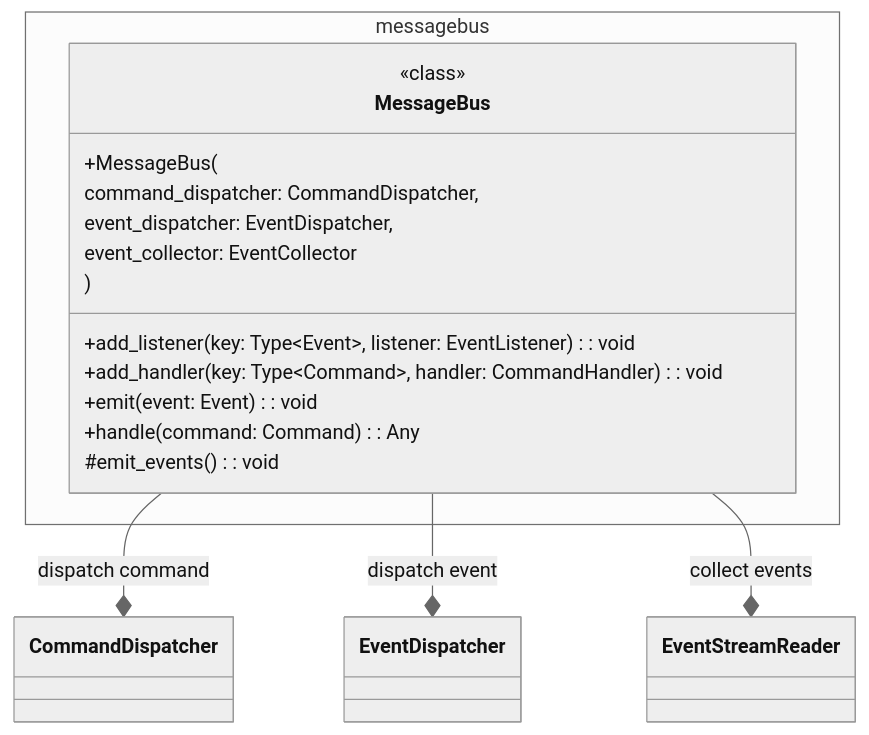
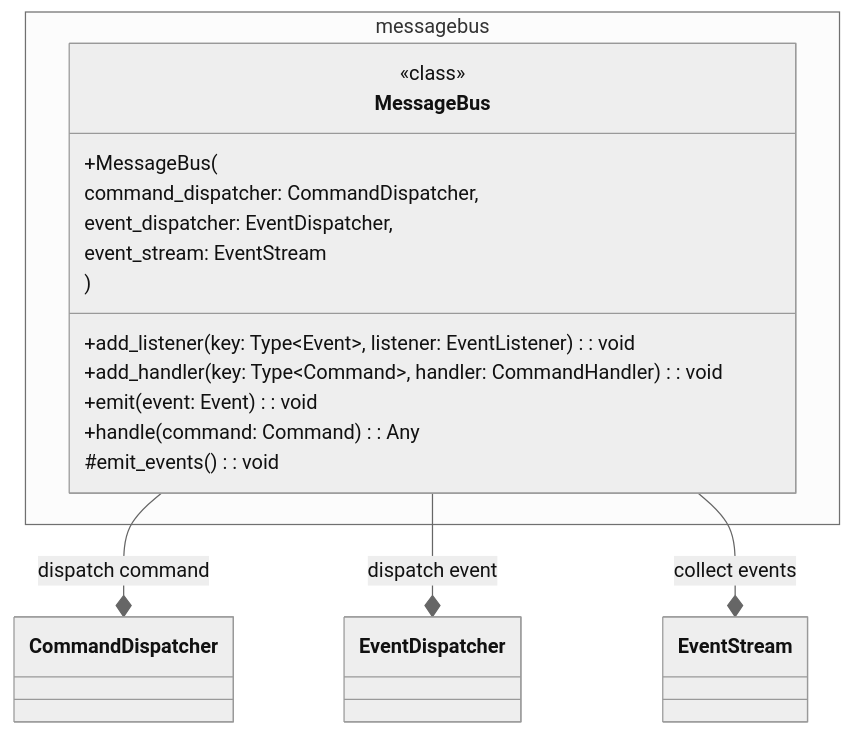
One commit to donsprallo/wemux changed the seventh of 7 diagrams in docs/classes.md. Above: the diagram before and after it, drawn with Mermaid (neutral theme). The commit also changed other lines of this file and 3 other files, not shown here.

````diff
--- a/docs/classes.md
+++ b/docs/classes.md
@@ -131,22 +130,22 @@
 ```mermaid
 classDiagram
     namespace messagebus {
         class MessageBus {
             <<class>>
             +MessageBus(
             command_dispatcher: CommandDispatcher,
             event_dispatcher: EventDispatcher,
-            event_collector: EventCollector
+            event_stream: EventStream
             )
             +add_listener(key: Type~Event~, listener: EventListener): void
             +add_handler(key: Type~Command~, handler: CommandHandler): void
             +emit(event: Event): void
             +handle(command: Command): Any
             #emit_events(): void
         }
     }
 
     MessageBus --* CommandDispatcher: dispatch command
     MessageBus --* EventDispatcher: dispatch event
-    MessageBus --* EventStreamReader: collect events
+    MessageBus --* EventStream: collect events
 ```
````
